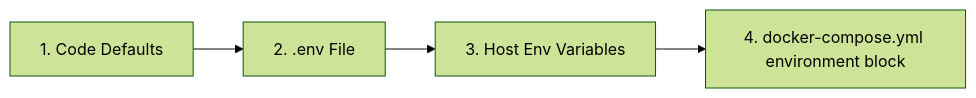
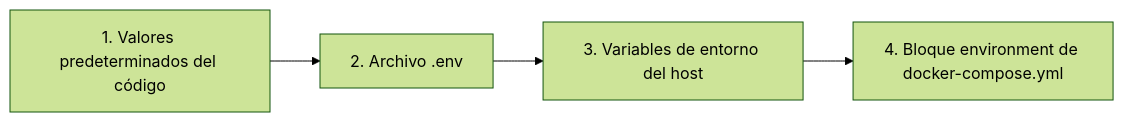
Before and after one commit to Librefolio/LibreFolio: the diagram in mkdocs_src/docs/admin/docker_advanced.es.md, drawn with Mermaid (forest theme). The commit also changed other lines of this file and 430 other files, not shown here.

````diff
--- a/mkdocs_src/docs/admin/docker_advanced.es.md
+++ b/mkdocs_src/docs/admin/docker_advanced.es.md
@@ -78,9 +39,9 @@
 ```mermaid
 graph LR
- CodeDefaults[1. Code Defaults] --> EnvFile[2. .env File]
- HostShell[3. Host Env Variables]
- DockerCompose[4. docker-compose.yml environment block]
+    CodeDefaults[1. Valores predeterminados del código] --> EnvFile[2. Archivo .env]
+    HostShell[3. Variables de entorno del host]
+    DockerCompose[4. Bloque environment de docker-compose.yml]
 
- EnvFile --> HostShell
- HostShell --> DockerCompose
+    EnvFile --> HostShell
+    HostShell --> DockerCompose
 ```
````
